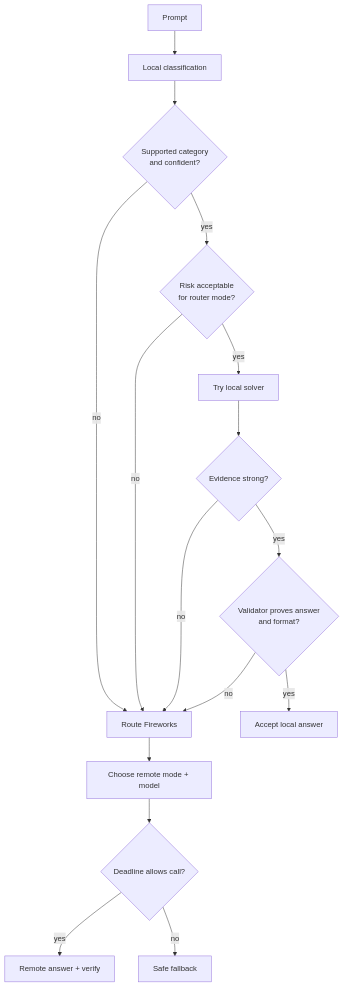
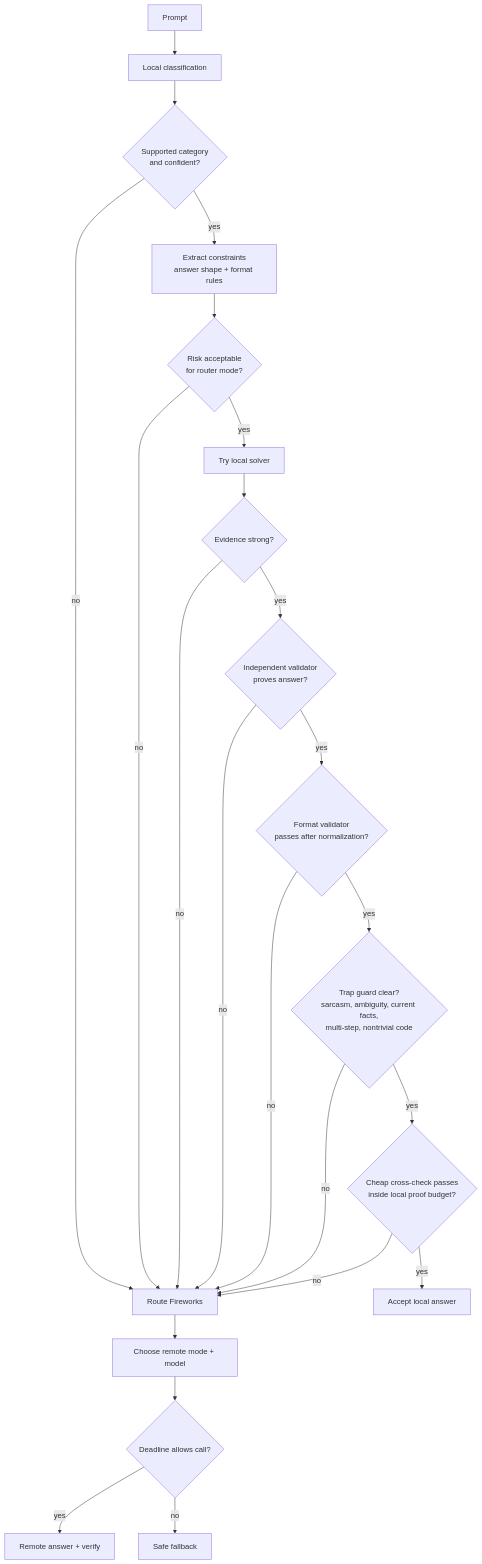
Before and after one commit to antoinemawad/juggernaut-router: the second of 5 diagrams in docs/planned-architecture-diagram.md, drawn with Mermaid. The commit also changed other lines of this file and 4 other files, not shown here.

````diff
--- a/docs/planned-architecture-diagram.md
+++ b/docs/planned-architecture-diagram.md
@@ -71,18 +71,25 @@
 ```mermaid
 flowchart TD
     P[Prompt] --> C[Local classification]
     C --> S{Supported category<br/>and confident?}
     S -->|no| RF[Route Fireworks]
-    S -->|yes| R{Risk acceptable<br/>for router mode?}
+    S -->|yes| X[Extract constraints<br/>answer shape + format rules]
+    X --> R{Risk acceptable<br/>for router mode?}
     R -->|no| RF
     R -->|yes| L[Try local solver]
     L --> E{Evidence strong?}
     E -->|no| RF
-    E -->|yes| V{Validator proves answer<br/>and format?}
+    E -->|yes| V{Independent validator<br/>proves answer?}
     V -->|no| RF
-    V -->|yes| LA[Accept local answer]
+    V -->|yes| F{Format validator<br/>passes after normalization?}
+    F -->|no| RF
+    F -->|yes| T{Trap guard clear?<br/>sarcasm, ambiguity, current facts,<br/>multi-step, nontrivial code}
+    T -->|no| RF
+    T -->|yes| K{Cheap cross-check passes<br/>inside local proof budget?}
+    K -->|no| RF
+    K -->|yes| LA[Accept local answer]
     RF --> M[Choose remote mode + model]
     M --> D{Deadline allows call?}
     D -->|yes| RA[Remote answer + verify]
     D -->|no| FB[Safe fallback]
 ```
````
